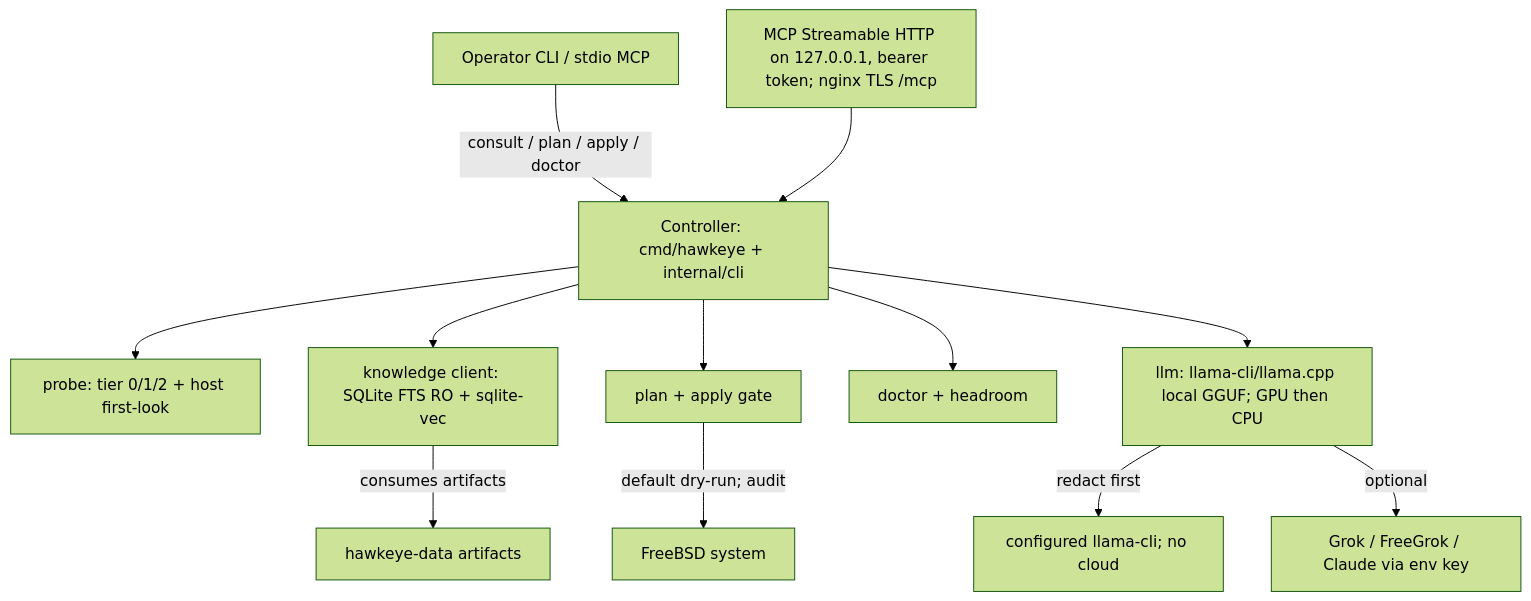
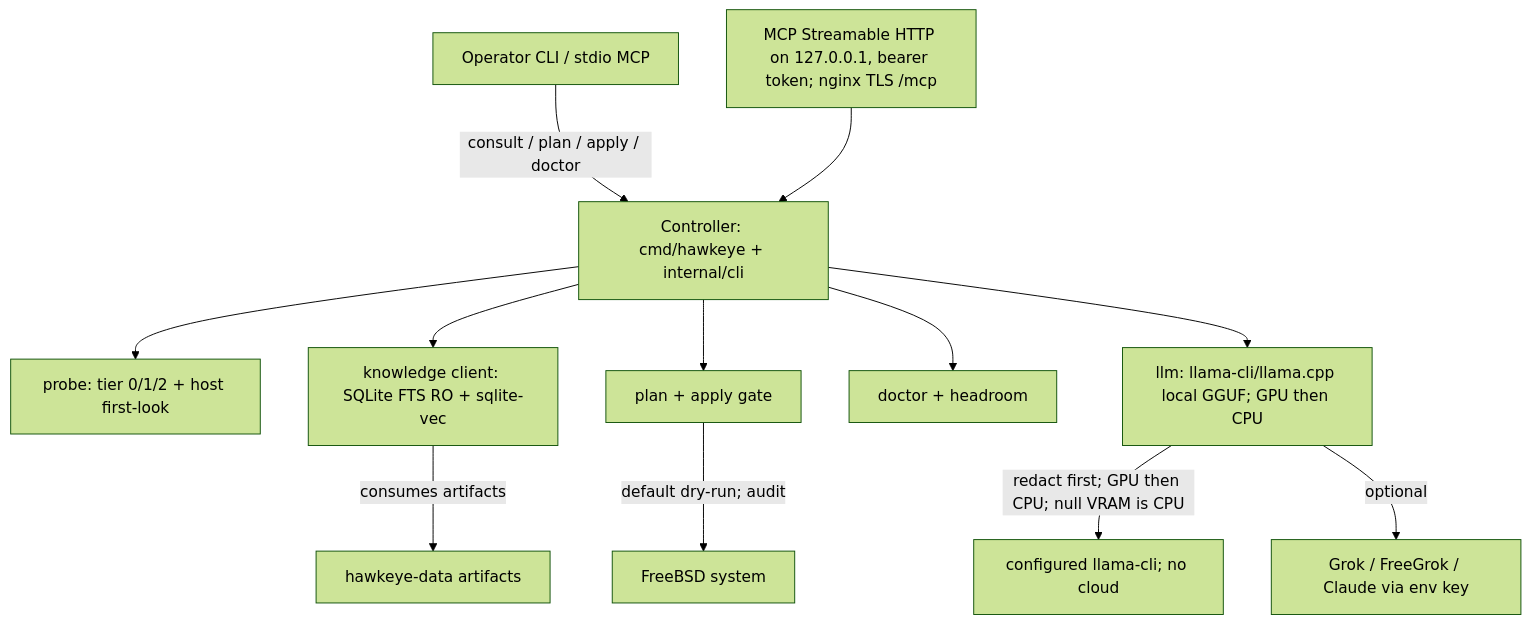
One commit to revytechinc/hawkeye changed the first of 5 diagrams in docs/ARCHITECTURE.md. Above: the diagram before and after it, drawn with Mermaid (forest theme). The commit also changed 12 other files, not shown here.

First line of the commit message:
Fall back to CPU when GPU VRAM is null or llama-cli fails.

````diff
--- a/docs/ARCHITECTURE.md
+++ b/docs/ARCHITECTURE.md
@@ -14,14 +14,14 @@
 ```mermaid
 flowchart TD
     Operator["Operator CLI / stdio MCP"] -->|"consult / plan / apply / doctor"| CLI["Controller: cmd/hawkeye + internal/cli"]
     MCPHTTP["MCP Streamable HTTP on 127.0.0.1, bearer token; nginx TLS /mcp"] --> CLI
     CLI --> Probe["probe: tier 0/1/2 + host first-look"]
     CLI --> Knowledge["knowledge client: SQLite FTS RO + sqlite-vec"]
     CLI --> PlanApply["plan + apply gate"]
     CLI --> Doctor["doctor + headroom"]
     CLI --> LLM["llm: llama-cli/llama.cpp local GGUF; GPU then CPU"]
     Knowledge -->|"consumes artifacts"| DataRepo["hawkeye-data artifacts"]
     PlanApply -->|"default dry-run; audit"| System["FreeBSD system"]
-    LLM -->|"redact first"| LocalBin["configured llama-cli; no cloud"]
+    LLM -->|"redact first; GPU then CPU; null VRAM is CPU"| LocalBin["configured llama-cli; no cloud"]
     LLM -->|"optional"| Remote["Grok / FreeGrok / Claude via env key"]
 ```
````
